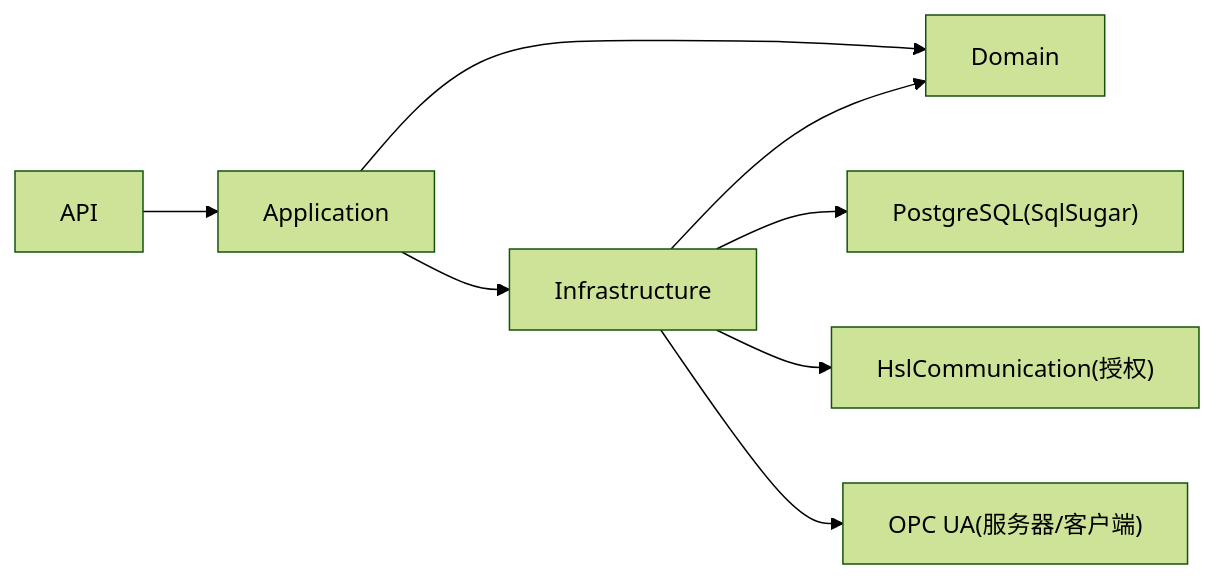
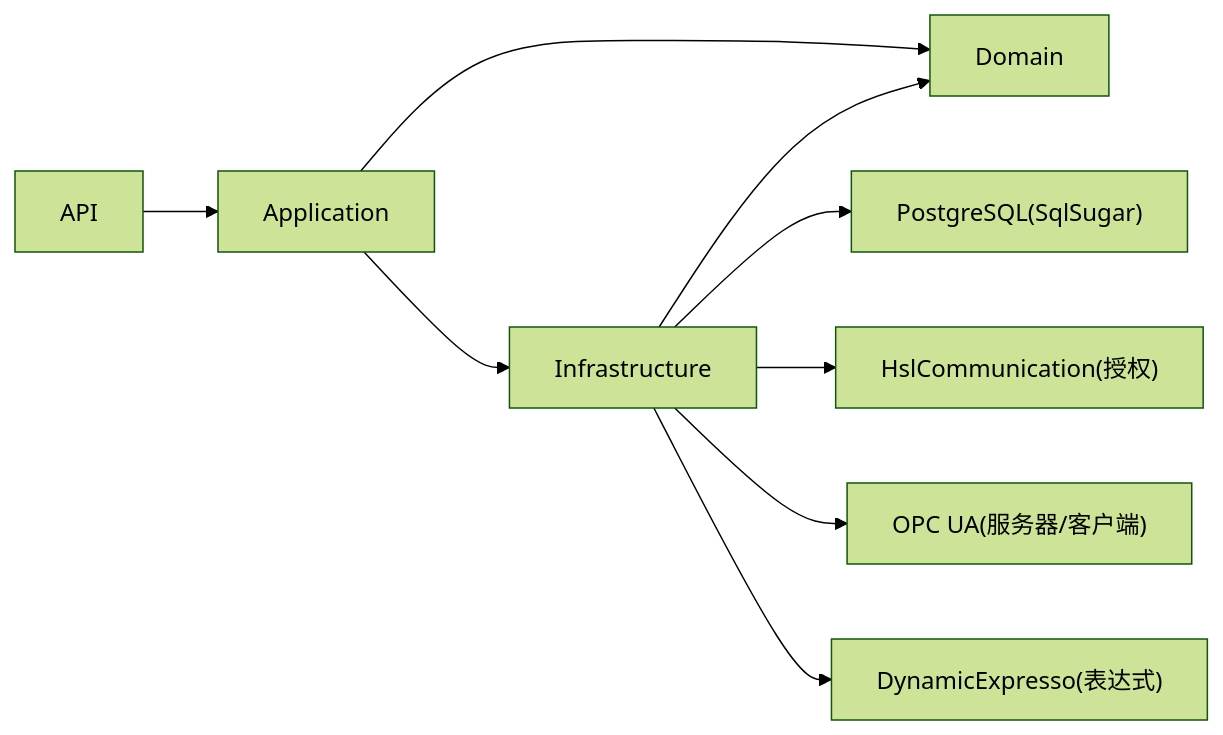
The seventh of 7 diagrams in .qoder/repowiki/zh/content/项目概述.md (whitemousetl/IndustrialDataSolution), drawn with Mermaid (forest theme) before and after one commit. The commit also changed other lines of this file and 4 other files, not shown here.

````diff
--- a/.qoder/repowiki/zh/content/项目概述.md
+++ b/.qoder/repowiki/zh/content/项目概述.md
@@ -304,10 +317,11 @@
 ```mermaid
 graph LR
 API["API"] --> APP["Application"]
 APP --> DOMAIN["Domain"]
 APP --> INFRA["Infrastructure"]
 INFRA --> DOMAIN
 INFRA --> DB["PostgreSQL(SqlSugar)"]
 INFRA --> HSL["HslCommunication(授权)"]
 INFRA --> OPC["OPC UA(服务器/客户端)"]
+INFRA --> DYN["DynamicExpresso(表达式)"]
 ```
````
